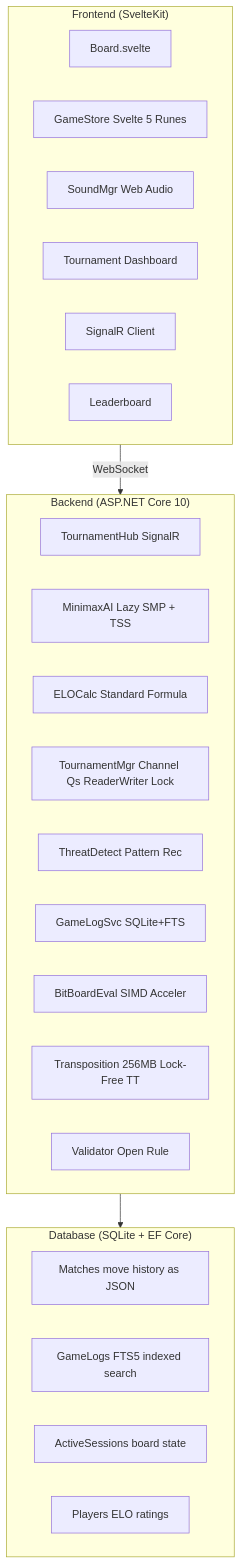
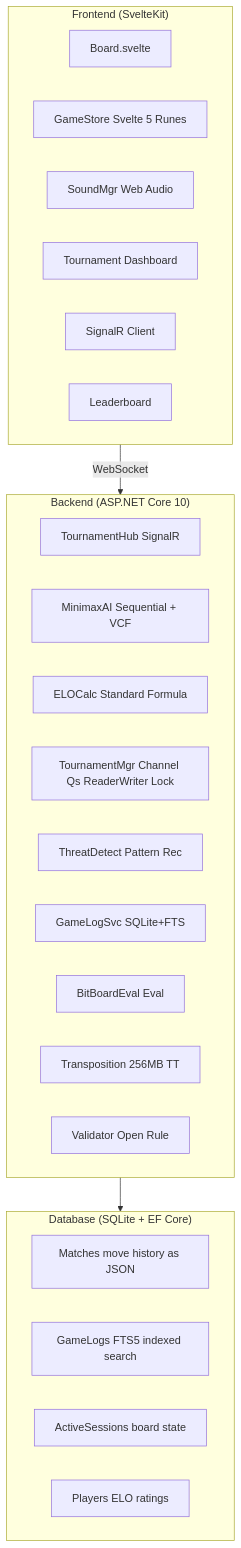
One commit to lavantien/caro-ai-pvp changed the third of 4 diagrams in README.md. Above: the diagram before and after it, drawn with Mermaid. The commit also changed other lines of this file and 1 other file, not shown here.

````diff
--- a/README.md
+++ b/README.md
@@ -425,33 +426,33 @@
 ```mermaid
 graph TB
     subgraph Frontend["Frontend (SvelteKit)"]
         F1[Board.svelte]
         F2[GameStore Svelte 5 Runes]
         F3[SoundMgr Web Audio]
         F4[Tournament Dashboard]
         F5[SignalR Client]
         F6[Leaderboard]
     end
 
     subgraph Backend["Backend (ASP.NET Core 10)"]
         B1[TournamentHub SignalR]
-        B2[MinimaxAI Lazy SMP + TSS]
+        B2[MinimaxAI Sequential + VCF]
         B3[ELOCalc Standard Formula]
         B4[TournamentMgr Channel Qs ReaderWriter Lock]
         B5[ThreatDetect Pattern Rec]
         B6[GameLogSvc SQLite+FTS]
-        B7[BitBoardEval SIMD Acceler]
-        B8[Transposition 256MB Lock-Free TT]
+        B7[BitBoardEval Eval]
+        B8[Transposition 256MB TT]
         B9[Validator Open Rule]
     end
 
     subgraph Database["Database (SQLite + EF Core)"]
         D1[Matches move history as JSON]
         D2[GameLogs FTS5 indexed search]
         D3[ActiveSessions board state]
         D4[Players ELO ratings]
     end
 
     Frontend -->|WebSocket| Backend
     Backend --> Database
 ```
````
